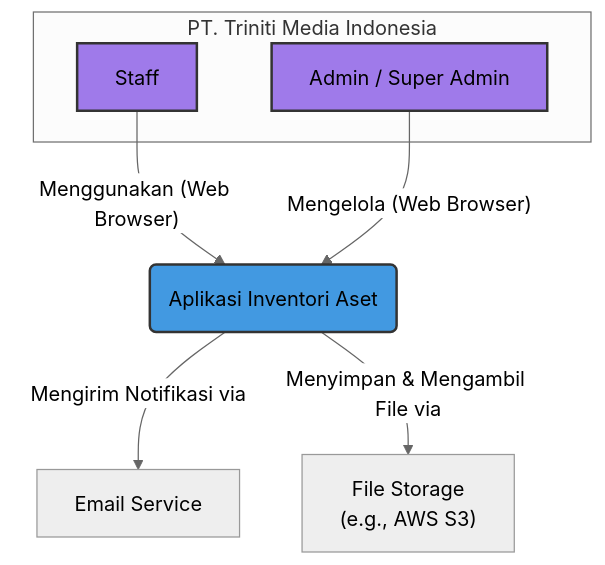
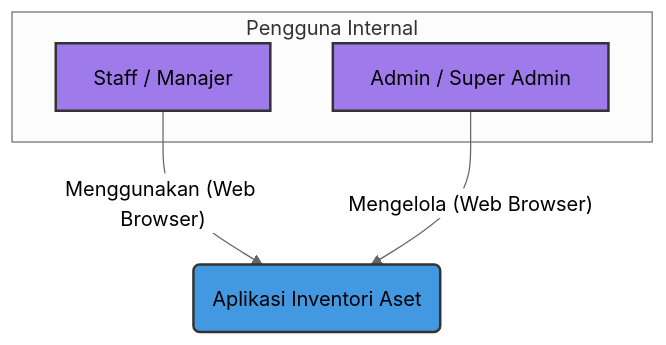
Before and after one commit to Asamaludi26/Inventory: the first of 3 diagrams in Docs/01_CONCEPT_AND_ARCHITECTURE/ARCHITECTURE.md, drawn with Mermaid (neutral theme). The commit also changed other lines of this file and 22 other files, not shown here.

First line of the commit message:
docs: Update architectural diagrams and documentation

````diff
--- a/Docs/01_CONCEPT_AND_ARCHITECTURE/ARCHITECTURE.md
+++ b/Docs/01_CONCEPT_AND_ARCHITECTURE/ARCHITECTURE.md
@@ -28,21 +28,16 @@
 ```mermaid
 graph TD
-    subgraph "PT. Triniti Media Indonesia"
-        A[Staff]
+    subgraph "Pengguna Internal"
+        A[Staff / Manajer]
         B[Admin / Super Admin]
     end
 
     C(Aplikasi Inventori Aset)
 
-    D[Email Service]
-    E["File Storage <br> (e.g., AWS S3)"]
-
     A -- "Menggunakan (Web Browser)" --> C
     B -- "Mengelola (Web Browser)" --> C
-    C -- "Mengirim Notifikasi via" --> D
-    C -- "Menyimpan & Mengambil File via" --> E
-
+    
     style A fill:#9f7aea,stroke:#333,stroke-width:2px
     style B fill:#9f7aea,stroke:#333,stroke-width:2px
     style C fill:#4299e1,stroke:#333,stroke-width:2px
 ```
````
